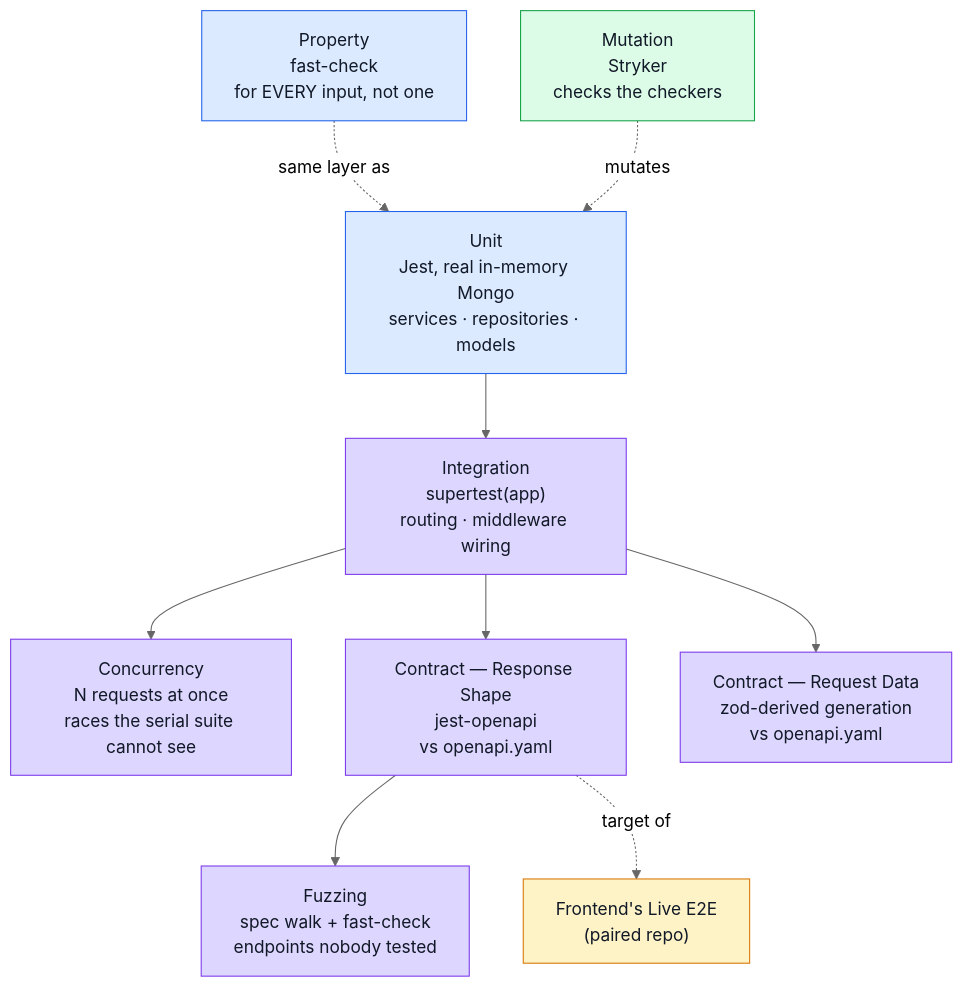
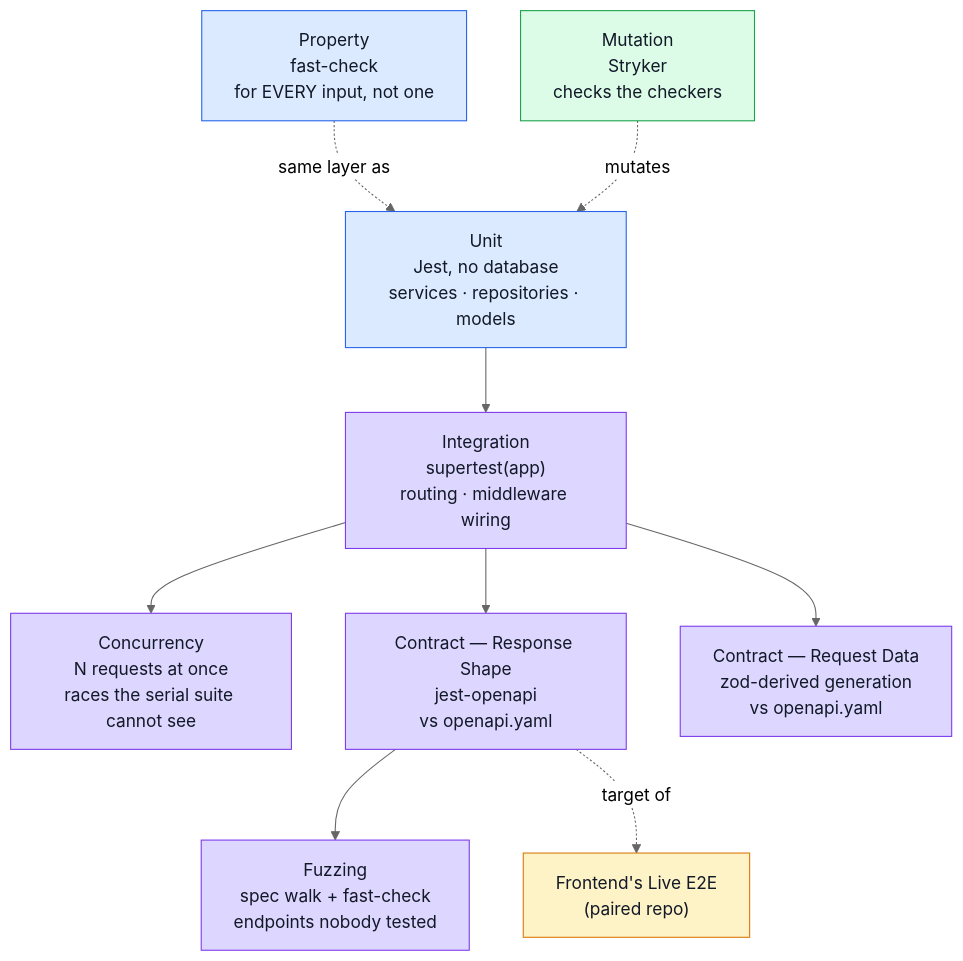
Before and after one commit to Guebbit/boilerplate-node-backend: the first of 3 diagrams in docs/tools/testing-and-docs.md, drawn with Mermaid (neutral theme). The commit also changed other lines of this file and 53 other files, not shown here.

````diff
--- a/docs/tools/testing-and-docs.md
+++ b/docs/tools/testing-and-docs.md
@@ -7,31 +7,31 @@
 ```mermaid
 %%{init: {'flowchart': {'nodeSpacing': 50, 'rankSpacing': 60}}}%%
 flowchart TB
-    Unit["Unit\nJest, real in-memory Mongo\nservices · repositories · models"]
+    Unit["Unit\nJest, no database\nservices · repositories · models"]
     Property["Property\nfast-check\nfor EVERY input, not one"]
     Integration["Integration\nsupertest(app)\nrouting · middleware wiring"]
     Concurrency["Concurrency\nN requests at once\nraces the serial suite cannot see"]
     ContractResponse["Contract — Response Shape\njest-openapi\nvs openapi.yaml"]
     ContractRequest["Contract — Request Data\nzod-derived generation\nvs openapi.yaml"]
     Fuzz["Fuzzing\nspec walk + fast-check\nendpoints nobody tested"]
     Mutation["Mutation\nStryker\nchecks the checkers"]
     LiveFE["Frontend's Live E2E\n(paired repo)"]
 
     Unit --> Integration
     Property -.same layer as.-> Unit
     Integration --> Concurrency
     Integration --> ContractResponse
     Integration --> ContractRequest
     ContractResponse --> Fuzz
     Mutation -.mutates.-> Unit
     ContractResponse -.target of.-> LiveFE
 
     classDef fast fill:#dbeafe,stroke:#2563eb,color:#111827;
     classDef http fill:#ddd6fe,stroke:#7c3aed,color:#111827;
     classDef meta fill:#dcfce7,stroke:#16a34a,color:#111827;
     classDef ext fill:#fef3c7,stroke:#d97706,color:#111827;
     class Unit,Property fast;
     class Integration,Concurrency,ContractResponse,ContractRequest,Fuzz http;
     class Mutation meta;
     class LiveFE ext;
 ```
````
